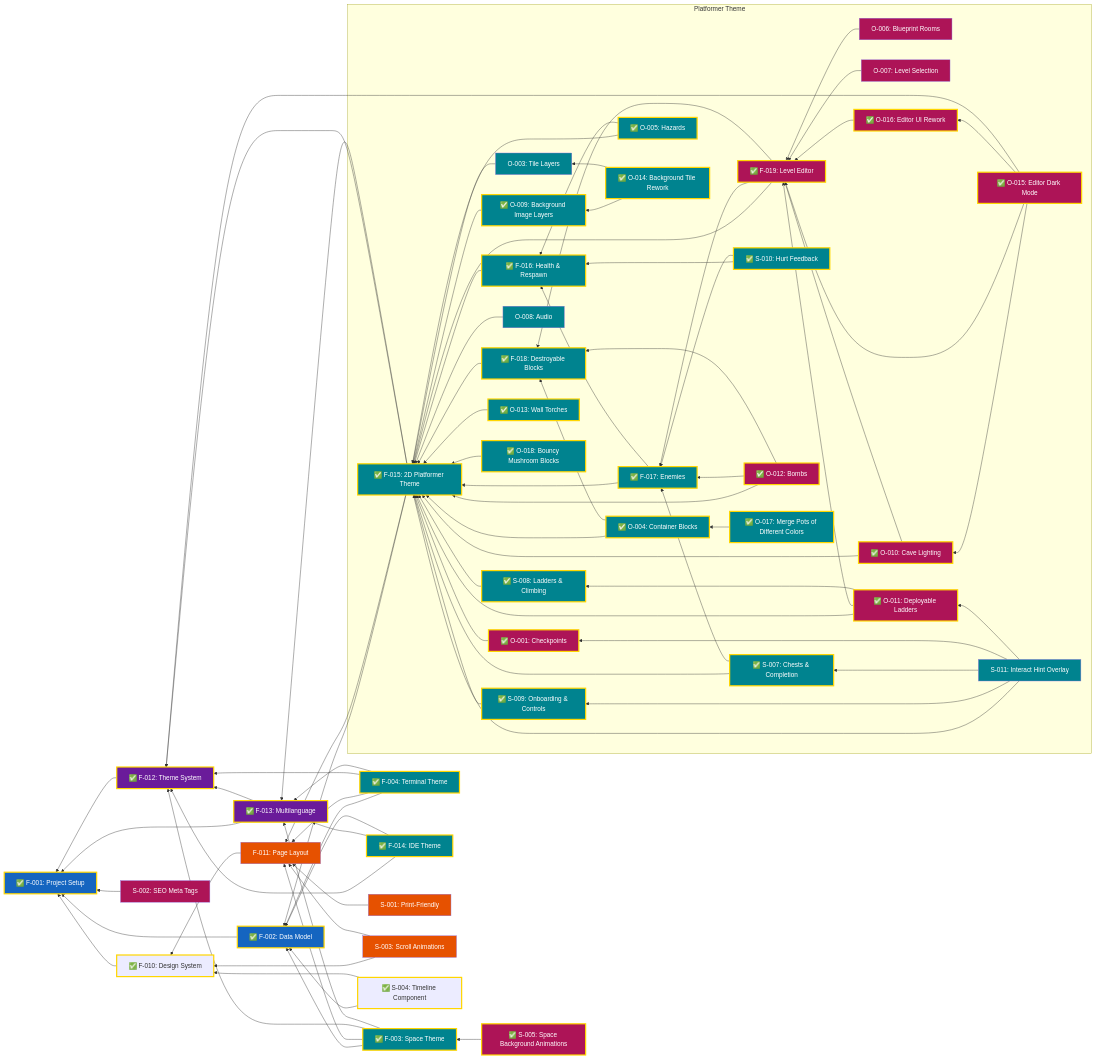
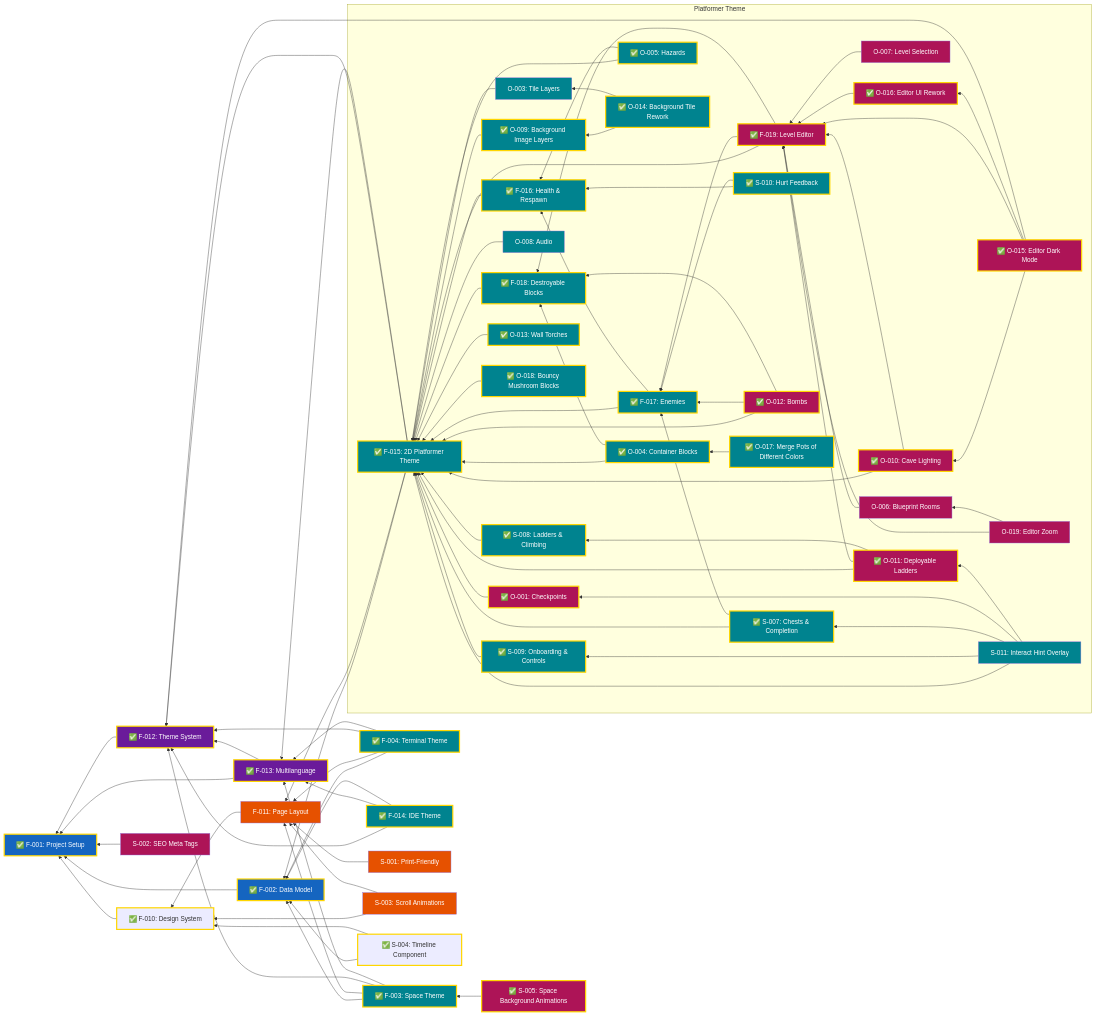
Before and after one commit to garcipat/cv-website: the diagram in docs/Features.md, drawn with Mermaid. The commit also changed 3 other files, not shown here.

First line of the commit message:
docs(O-019): add editor zoom spec and design, register in feature map

```diff
--- a/docs/Features.md
+++ b/docs/Features.md
@@ -50,6 +50,7 @@
         O016["✅ O-016: Editor UI Rework"]
         O017["✅ O-017: Merge Pots of Different Colors"]
         O018["✅ O-018: Bouncy Mushroom Blocks"]
+        O019["O-019: Editor Zoom"]
         S011["S-011: Interact Hint Overlay"]
     end
 
@@ -123,6 +124,8 @@
 
     O017 --> O004
     O018 --> F015
+    O019 --> F019
+    O019 --> O006
 
     S011 --> F015
     S011 --> S009
@@ -159,7 +162,7 @@
     class O017 done
     class O018 themes
     class O018 done
-    class F019,O006,O007,O010,O011,O012,O015,O016 enhancements
+    class F019,O006,O007,O010,O011,O012,O015,O016,O019 enhancements
     class O012 done
     class F015,F016,F017,F018,F019,S007,S008,S009,S010,O004,O005,O009 done
     class O013 done
```
